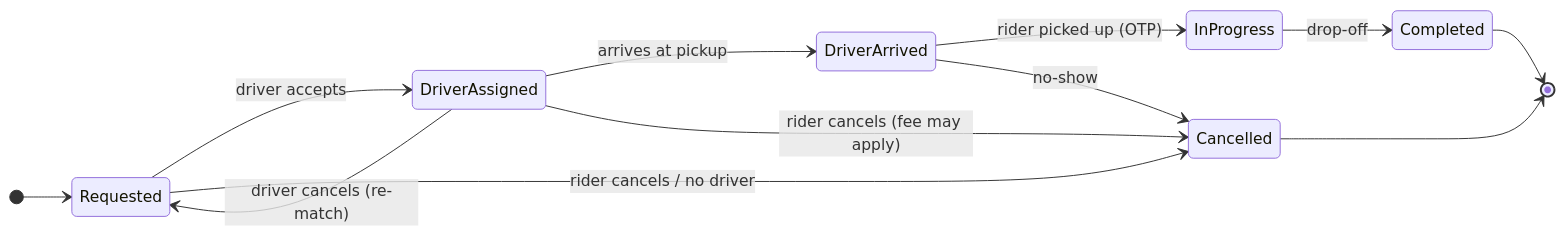
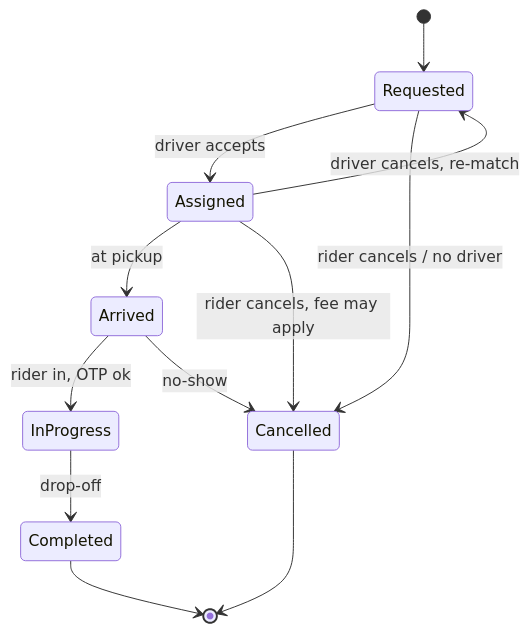
Before and after one commit to dhaval-76/engineering-field-guide: the diagram in src/content/topics/low-level-design/ride-sharing/diagrams/ride-states.mmd, drawn with Mermaid. The commit also changed 90 other files, not shown here.

Commit message:
LLD diagrams: vertical layouts, collapsed families and trimmed members so class, state and ER diagrams fit phones

```diff
--- a/src/content/topics/low-level-design/ride-sharing/diagrams/ride-states.mmd
+++ b/src/content/topics/low-level-design/ride-sharing/diagrams/ride-states.mmd
@@ -1,13 +1,13 @@
 stateDiagram-v2
-  direction LR
+  direction TB
   [*] --> Requested
-  Requested --> DriverAssigned: driver accepts
-  DriverAssigned --> Requested: driver cancels (re-match)
-  DriverAssigned --> DriverArrived: arrives at pickup
-  DriverArrived --> InProgress: rider picked up (OTP)
+  Requested --> Assigned: driver accepts
+  Assigned --> Requested: driver cancels, re-match
+  Assigned --> Arrived: at pickup
+  Arrived --> InProgress: rider in, OTP ok
   InProgress --> Completed: drop-off
   Requested --> Cancelled: rider cancels / no driver
-  DriverAssigned --> Cancelled: rider cancels (fee may apply)
-  DriverArrived --> Cancelled: no-show
+  Assigned --> Cancelled: rider cancels, fee may apply
+  Arrived --> Cancelled: no-show
   Completed --> [*]
   Cancelled --> [*]
```
